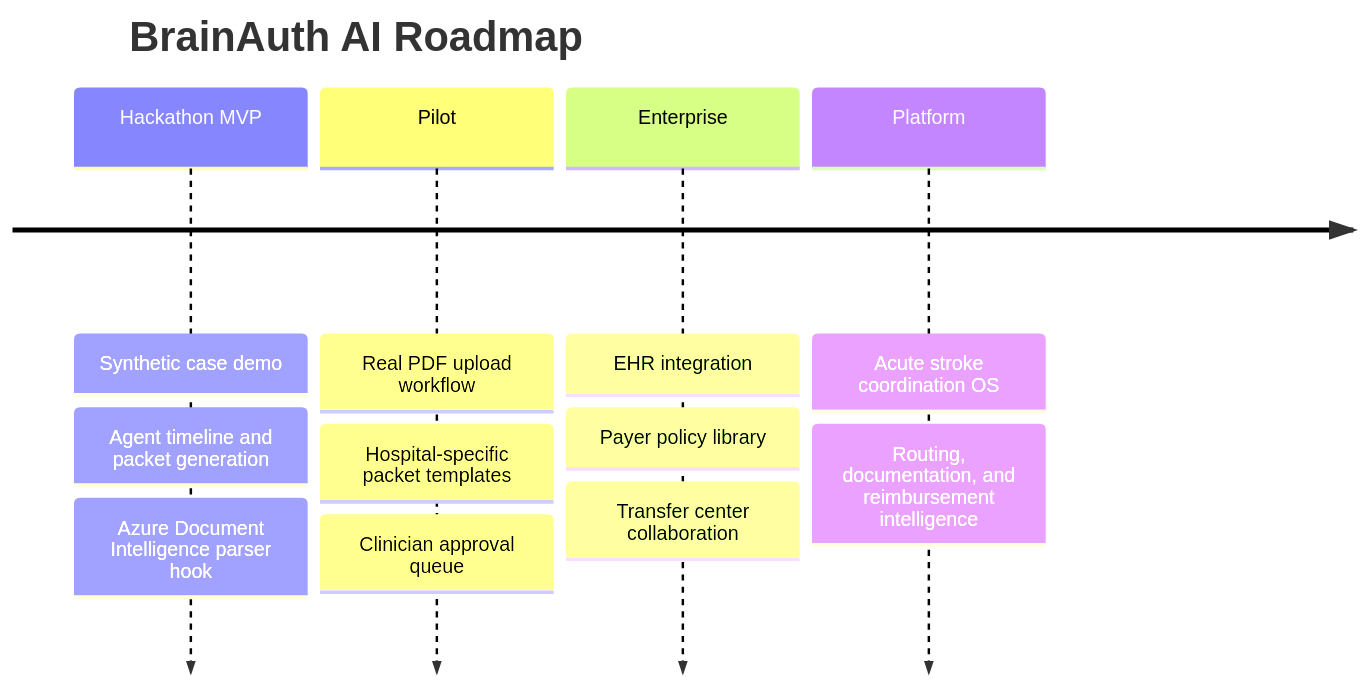
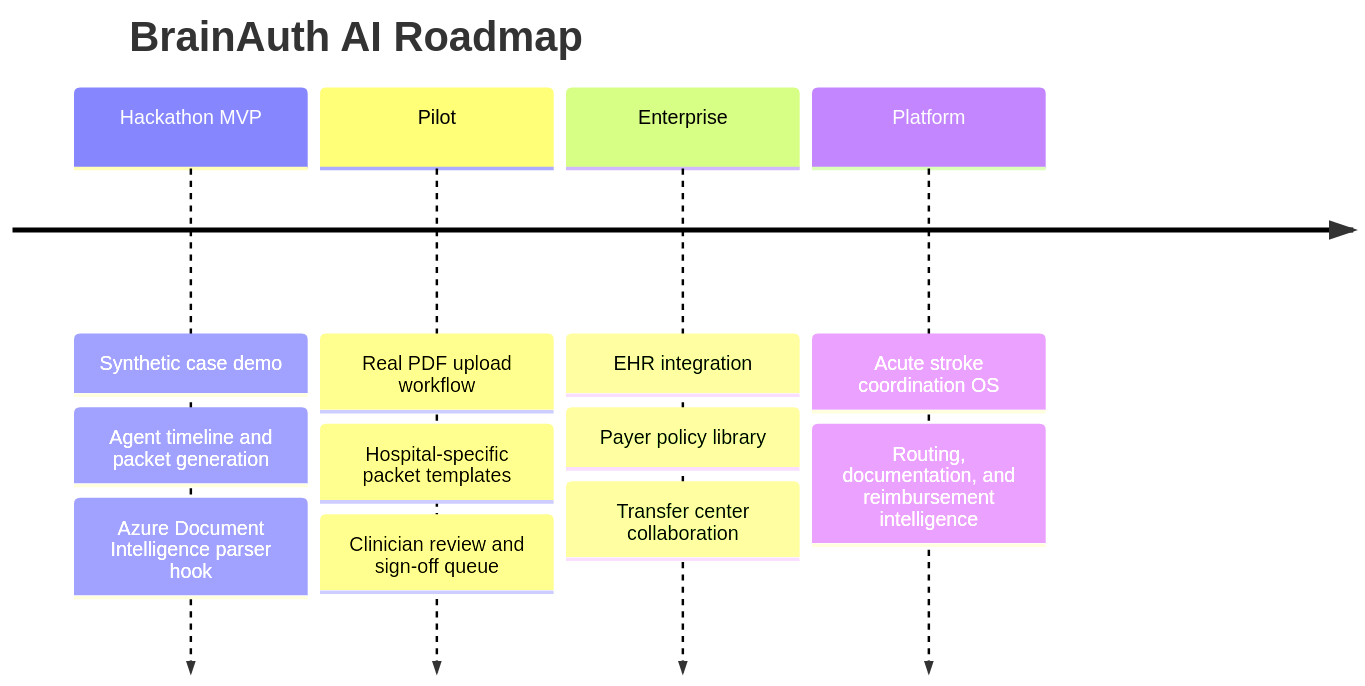
The fourth of 4 diagrams in README.md (roshaninfordham/brainauthai), drawn with Mermaid before and after one commit. The commit also changed other lines of this file and 2 other files, not shown here.

````diff
--- a/README.md
+++ b/README.md
@@ -179,15 +180,15 @@
 ```mermaid
 timeline
   title BrainAuth AI Roadmap
   Hackathon MVP : Synthetic case demo
                 : Agent timeline and packet generation
                 : Azure Document Intelligence parser hook
   Pilot : Real PDF upload workflow
         : Hospital-specific packet templates
-        : Clinician approval queue
+        : Clinician review and sign-off queue
   Enterprise : EHR integration
              : Payer policy library
              : Transfer center collaboration
   Platform : Acute stroke coordination OS
            : Routing, documentation, and reimbursement intelligence
 ```
````
